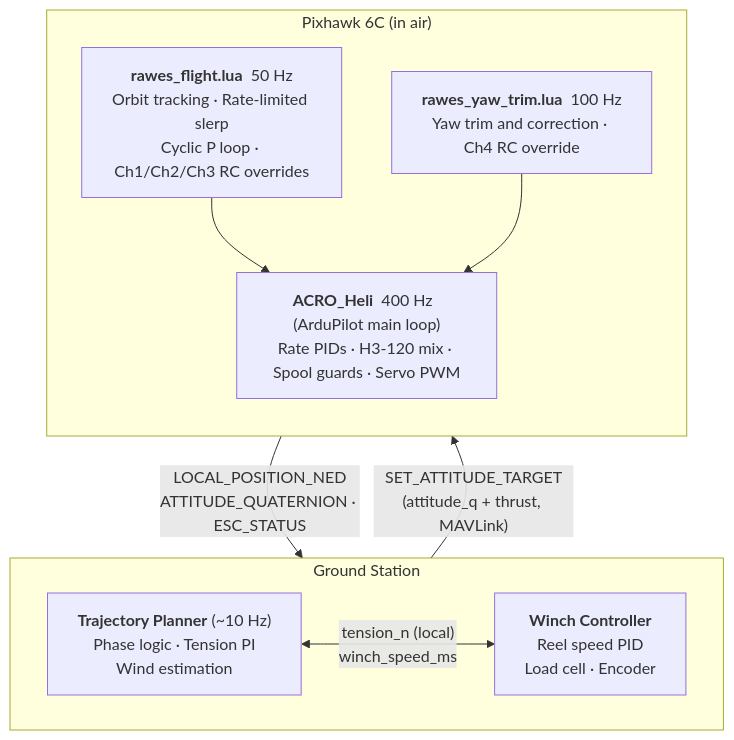
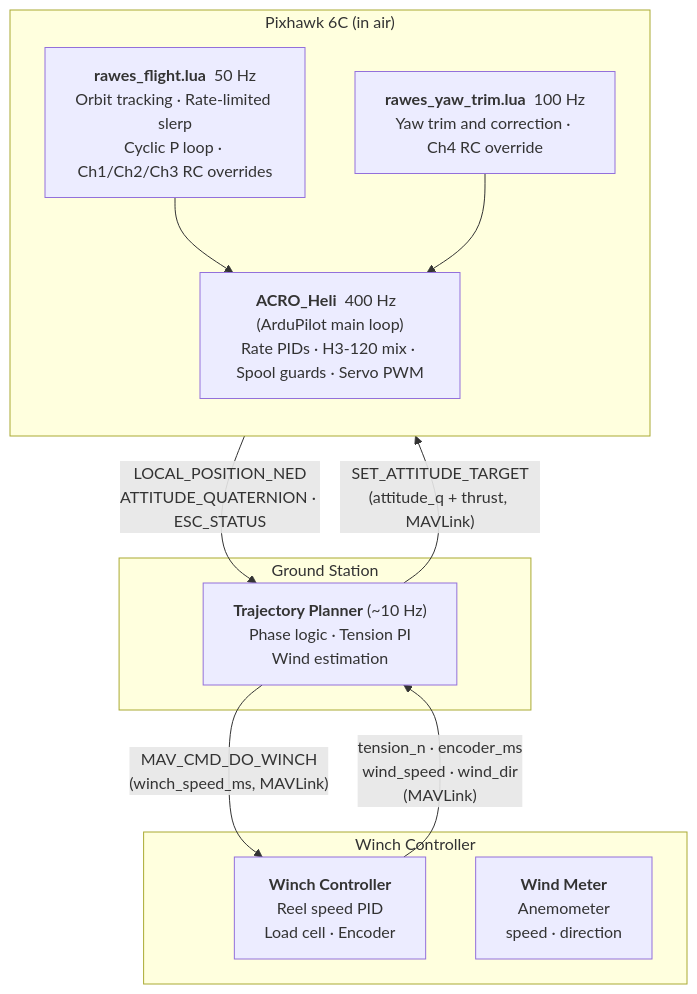
The first of 3 diagrams in system/stack.md (mcroomp/windpower), drawn with Mermaid before and after one commit. The commit also changed other lines of this file and 1 other file, not shown here.

````diff
--- a/system/stack.md
+++ b/system/stack.md
@@ -14,21 +14,25 @@
 ```mermaid
 flowchart TB
+    subgraph WC["Winch Controller"]
+        WCI["<b>Winch Controller</b><BR/>Reel speed PID<BR/>Load cell · Encoder"]
+        WM["<b>Wind Meter</b><BR/>Anemometer<BR/>speed · direction"]
+    end
+
     subgraph GS["Ground Station"]
-        direction LR
         TP["<b>Trajectory Planner</b> (~10 Hz)<BR/>Phase logic · Tension PI<BR/>Wind estimation"]
-        WC["<b>Winch Controller</b><BR/>Reel speed PID<BR/>Load cell · Encoder"]
-        TP <-->|"tension_n (local)<BR/>winch_speed_ms"| WC
     end
 
     subgraph PX["Pixhawk 6C (in air)"]
         direction TB
         LUA1["<b>rawes_flight.lua</b>  50 Hz<BR/>Orbit tracking · Rate-limited slerp<BR/>Cyclic P loop · Ch1/Ch2/Ch3 RC overrides"]
         LUA2["<b>rawes_yaw_trim.lua</b>  100 Hz<BR/>Yaw trim and correction · Ch4 RC override"]
         ACRO["<b>ACRO_Heli</b>  400 Hz  (ArduPilot main loop)<BR/>Rate PIDs · H3-120 mix · Spool guards · Servo PWM"]
         LUA1 --> ACRO
         LUA2 --> ACRO
     end
 
+    TP -->|"MAV_CMD_DO_WINCH<BR/>(winch_speed_ms, MAVLink)"| WCI
+    WCI -->|"tension_n · encoder_ms<BR/>wind_speed · wind_dir<BR/>(MAVLink)"| TP
     TP -->|"SET_ATTITUDE_TARGET<BR/>(attitude_q + thrust, MAVLink)"| PX
     PX -->|"LOCAL_POSITION_NED<BR/>ATTITUDE_QUATERNION · ESC_STATUS"| TP
 ```
````
